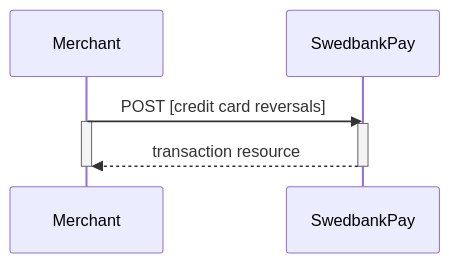
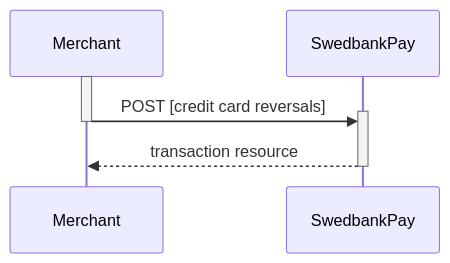
The tenth of 10 diagrams in payments/credit-card/after-payment.md (SwedbankPay/developer.swedbankpay.com), drawn with Mermaid before and after one commit. The commit also changed other lines of this file, not shown here.

Commit message:
DX-406 added descriptions of properties, fixed sequence diagrams, added code fences, typo fix, and added links

````diff
--- a/payments/credit-card/after-payment.md
+++ b/payments/credit-card/after-payment.md
@@ -717,9 +795,8 @@
 ```mermaid
 sequenceDiagram
-  Merchant->>SwedbankPay: POST [credit card reversals]
   activate Merchant
-  activate SwedbankPay
+  Merchant->>+SwedbankPay: POST [credit card reversals]
+  deactivate Merchant
   SwedbankPay-->>Merchant: transaction resource
   deactivate SwedbankPay
-  deactivate Merchant
 ```
````
